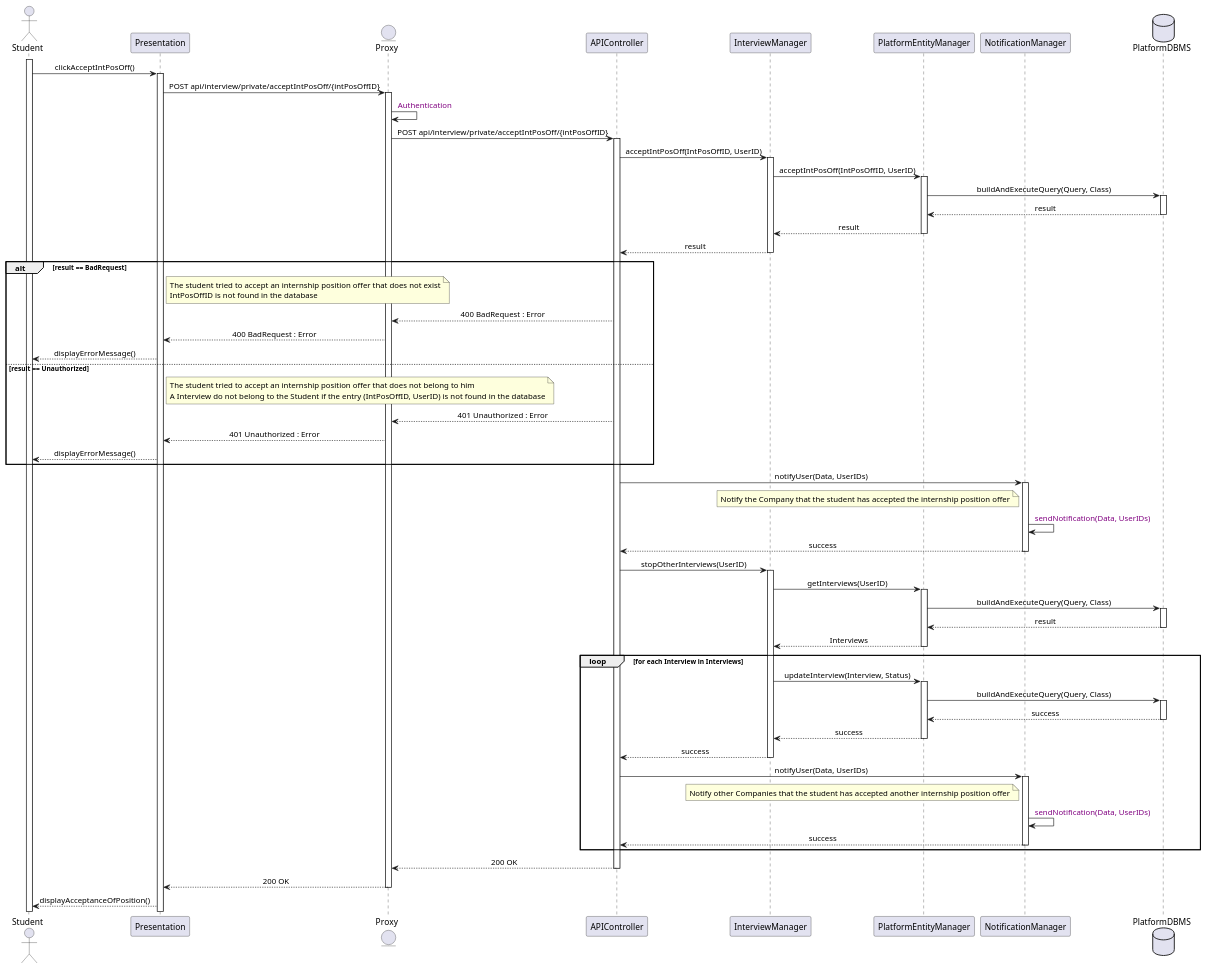
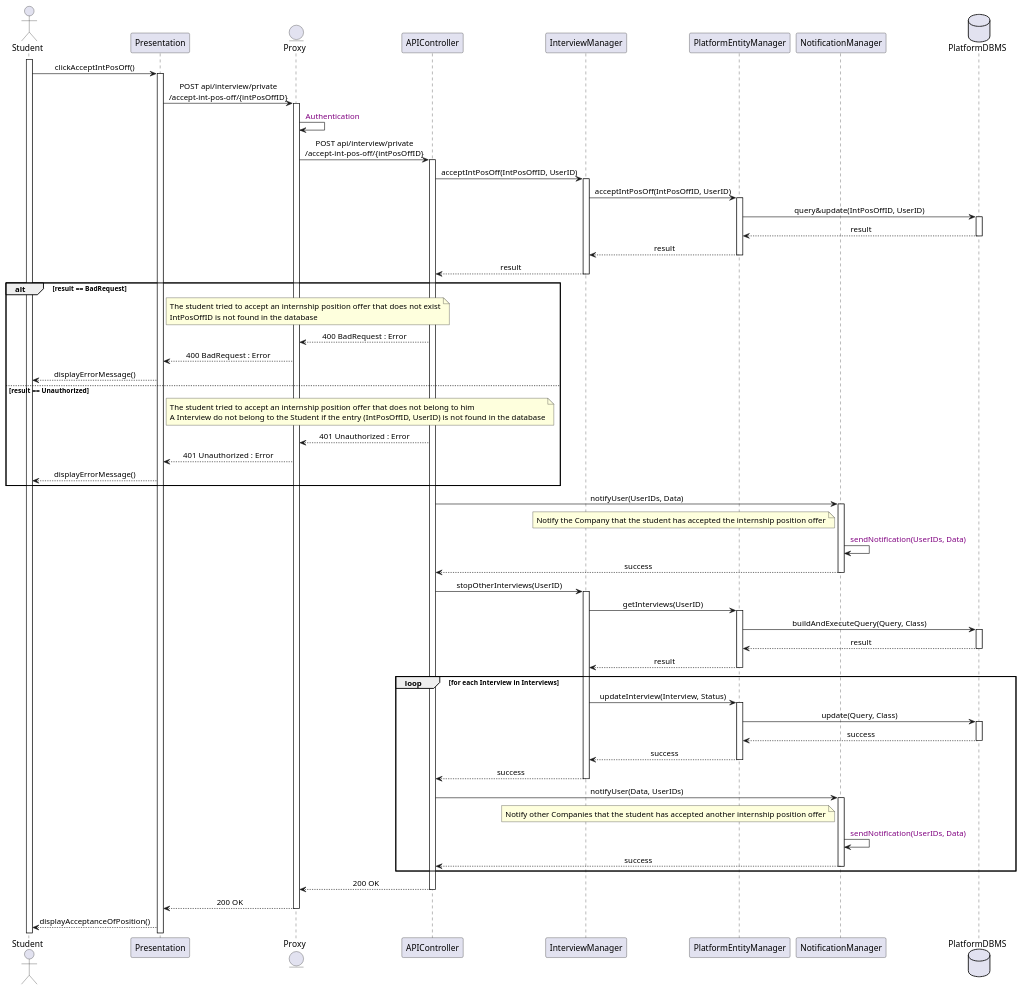
The diagram in Diagrams/SequenceDiagrams/DD/22StudentAcceptsInternshipPositionOffer.wsd (Slaitroc/RicciPaoliGrisoni), drawn with PlantUML before and after one commit.

Commit message:
Refactor 22StudentAcceptsInternshipPositionOffer.wsd SequenceDiagram

```diff
--- a/Diagrams/SequenceDiagrams/DD/22StudentAcceptsInternshipPositionOffer.wsd
+++ b/Diagrams/SequenceDiagrams/DD/22StudentAcceptsInternshipPositionOffer.wsd
@@ -1,94 +1,94 @@
 @startuml 22StudentAcceptsInternshipPositionOffer
 skinparam sequenceMessageAlign center
 
 actor       Student
 participant Presentation
 entity Proxy
 participant APIController
 participant InterviewManager
 participant PlatformEntityManager
 participant NotificationManager
 database PlatformDBMS
 
 activate Student
 Student -> Presentation : clickAcceptIntPosOff()
 activate Presentation
-Presentation -> Proxy : POST api/interview/private/acceptIntPosOff/{intPosOffID}
+Presentation -> Proxy : POST api/interview/private\n/accept-int-pos-off/{intPosOffID}
 activate Proxy
 Proxy -> Proxy : <color:purple> Authentication
-Proxy -> APIController : POST api/interview/private/acceptIntPosOff/{intPosOffID}
+Proxy -> APIController : POST api/interview/private\n/accept-int-pos-off/{intPosOffID}
 activate APIController
 '? I did not understand the isOwner(InterviewID, StudentID) method. I will assume that the student is the owner of the internship position offer.
 APIController -> InterviewManager : acceptIntPosOff(IntPosOffID, UserID)
 activate InterviewManager
 InterviewManager -> PlatformEntityManager : acceptIntPosOff(IntPosOffID, UserID)
 activate PlatformEntityManager
-PlatformEntityManager -> PlatformDBMS : buildAndExecuteQuery(Query, Class)
+PlatformEntityManager -> PlatformDBMS : query&update(IntPosOffID, UserID)
 activate PlatformDBMS
 PlatformDBMS --> PlatformEntityManager : result
 deactivate PlatformDBMS
 PlatformEntityManager --> InterviewManager : result
 deactivate PlatformEntityManager
 InterviewManager --> APIController : result
 deactivate InterviewManager
 alt result == BadRequest
     note right of Presentation
         The student tried to accept an internship position offer that does not exist
         IntPosOffID is not found in the database
     end note
     APIController --> Proxy : 400 BadRequest : Error
     Proxy --> Presentation : 400 BadRequest : Error
     Presentation --> Student : displayErrorMessage()
 else result == Unauthorized
     note right of Presentation
         The student tried to accept an internship position offer that does not belong to him
         A Interview do not belong to the Student if the entry (IntPosOffID, UserID) is not found in the database
     end note
     APIController --> Proxy : 401 Unauthorized : Error
     Proxy --> Presentation : 401 Unauthorized : Error
     Presentation --> Student : displayErrorMessage()
 end
-APIController -> NotificationManager : notifyUser(Data, UserIDs)
+APIController -> NotificationManager : notifyUser(UserIDs, Data)
 activate NotificationManager
 note left of NotificationManager
     Notify the Company that the student has accepted the internship position offer
 end note
-NotificationManager -> NotificationManager : <color:purple> sendNotification(Data, UserIDs)
+NotificationManager -> NotificationManager : <color:purple> sendNotification(UserIDs, Data)
 NotificationManager --> APIController : success
 deactivate NotificationManager
 APIController -> InterviewManager : stopOtherInterviews(UserID)
 activate InterviewManager
 InterviewManager -> PlatformEntityManager : getInterviews(UserID)
 activate PlatformEntityManager
 PlatformEntityManager -> PlatformDBMS : buildAndExecuteQuery(Query, Class)
 activate PlatformDBMS
 PlatformDBMS --> PlatformEntityManager : result
 deactivate PlatformDBMS
-PlatformEntityManager --> InterviewManager : Interviews
+PlatformEntityManager --> InterviewManager : result
 deactivate PlatformEntityManager
 loop for each Interview in Interviews
     InterviewManager -> PlatformEntityManager : updateInterview(Interview, Status)
     activate PlatformEntityManager
-    PlatformEntityManager -> PlatformDBMS : buildAndExecuteQuery(Query, Class)
+    PlatformEntityManager -> PlatformDBMS : update(Query, Class)
     activate PlatformDBMS
     PlatformDBMS --> PlatformEntityManager : success
     deactivate PlatformDBMS
     PlatformEntityManager --> InterviewManager : success
     deactivate PlatformEntityManager
     InterviewManager --> APIController : success
     deactivate InterviewManager
     APIController -> NotificationManager : notifyUser(Data, UserIDs)
     activate NotificationManager
     note left of NotificationManager
         Notify other Companies that the student has accepted another internship position offer
     end note
-    NotificationManager -> NotificationManager : <color:purple> sendNotification(Data, UserIDs)
+    NotificationManager -> NotificationManager : <color:purple> sendNotification(UserIDs, Data)
     NotificationManager --> APIController : success
     deactivate NotificationManager
 end
 APIController --> Proxy : 200 OK
 deactivate APIController
 Proxy --> Presentation : 200 OK
 deactivate Proxy
 Presentation --> Student : displayAcceptanceOfPosition()
 @enduml
```
